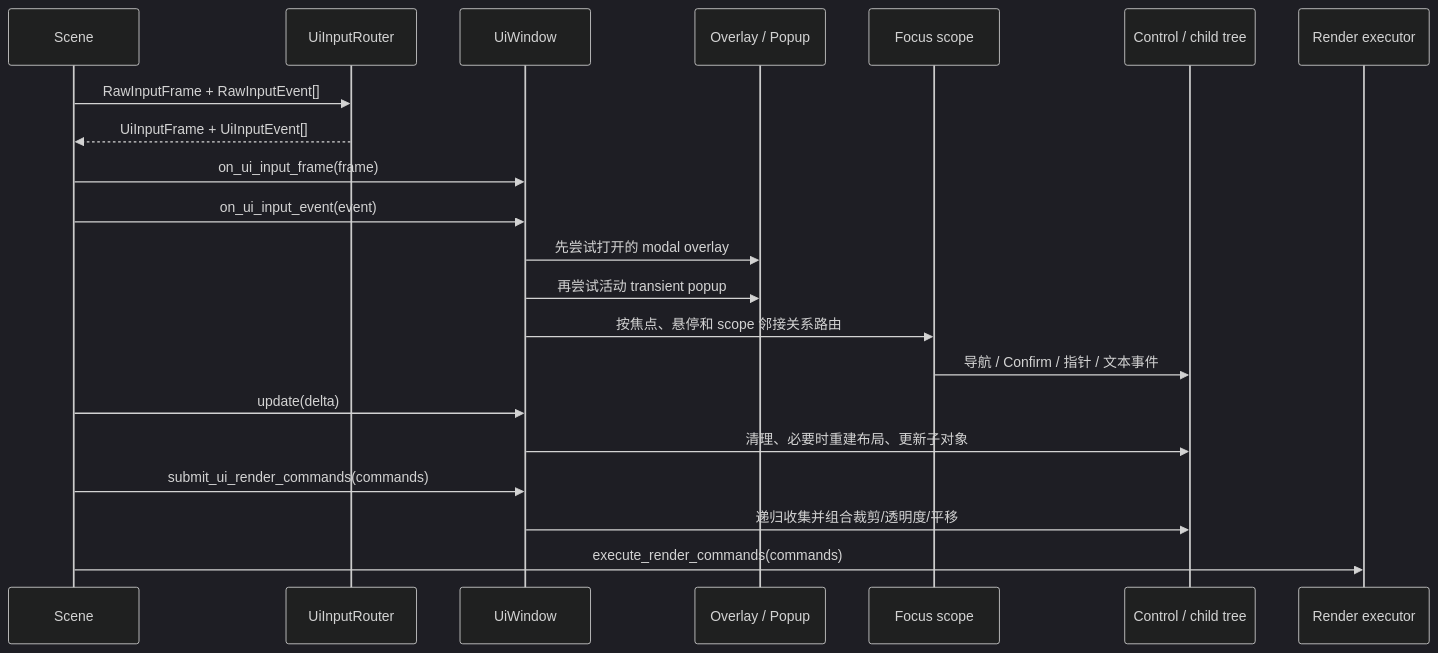
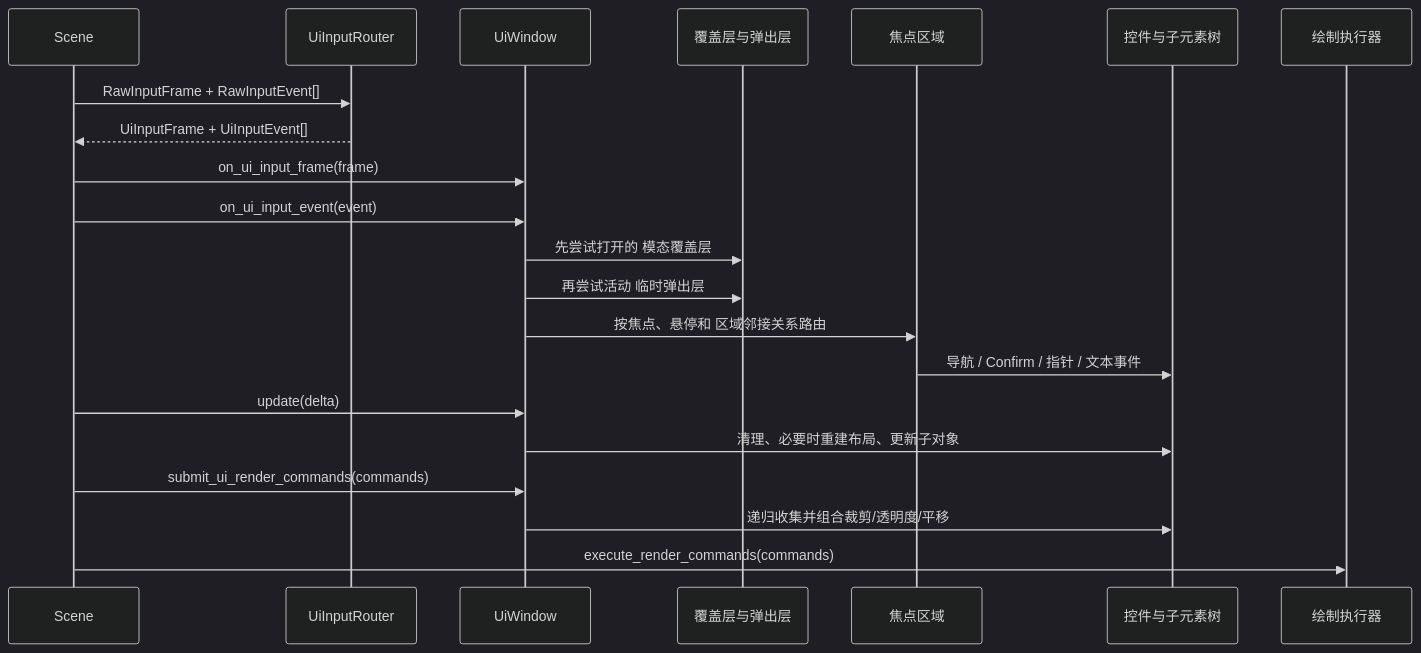
The second of 5 diagrams in docs/zh-CN/architecture/subsystems/ui/engine_ui_learning_guide.md (Akil0814/ElysiaEngine), drawn with Mermaid (dark theme) before and after one commit. The commit also changed other lines of this file and 344 other files, not shown here.

````diff
--- a/docs/zh-CN/architecture/subsystems/ui/engine_ui_learning_guide.md
+++ b/docs/zh-CN/architecture/subsystems/ui/engine_ui_learning_guide.md
@@ -43,24 +43,24 @@
 ```mermaid
 sequenceDiagram
   participant S as Scene
   participant R as UiInputRouter
   participant W as UiWindow
-  participant O as Overlay / Popup
-  participant F as Focus scope
-  participant C as Control / child tree
-  participant X as Render executor
+  participant O as 覆盖层与弹出层
+  participant F as 焦点区域
+  participant C as 控件与子元素树
+  participant X as 绘制执行器
 
   S->>R: RawInputFrame + RawInputEvent[]
   R-->>S: UiInputFrame + UiInputEvent[]
   S->>W: on_ui_input_frame(frame)
   S->>W: on_ui_input_event(event)
-  W->>O: 先尝试打开的 modal overlay
-  W->>O: 再尝试活动 transient popup
-  W->>F: 按焦点、悬停和 scope 邻接关系路由
+  W->>O: 先尝试打开的 模态覆盖层
+  W->>O: 再尝试活动 临时弹出层
+  W->>F: 按焦点、悬停和 区域邻接关系路由
   F->>C: 导航 / Confirm / 指针 / 文本事件
   S->>W: update(delta)
   W->>C: 清理、必要时重建布局、更新子对象
   S->>W: submit_ui_render_commands(commands)
   W->>C: 递归收集并组合裁剪/透明度/平移
   S->>X: execute_render_commands(commands)
 ```
````
